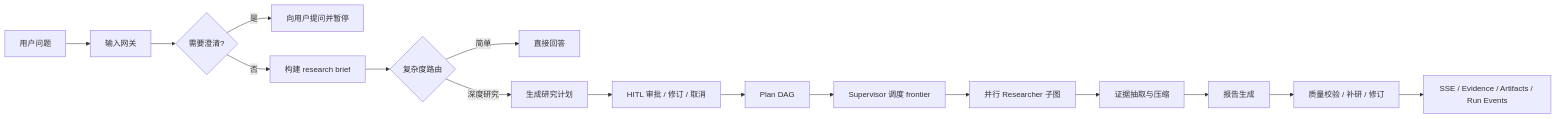
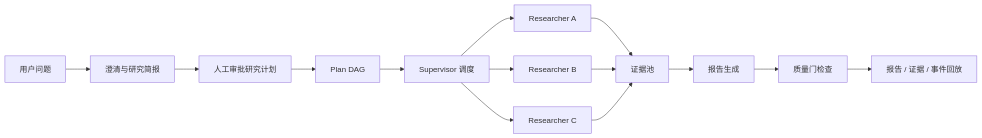
One commit to LittleSongxx/SoulSearcher changed the first of 6 diagrams in README.md. Above: the diagram before and after it, drawn with Mermaid. The commit also changed other lines of this file and 124 other files, not shown here.

````diff
--- a/README.md
+++ b/README.md
@@ -23,18 +17,16 @@
 ```mermaid
 flowchart LR
-    U["用户问题"] --> G["输入网关"]
-    G --> C{"需要澄清?"}
-    C -->|是| Q["向用户提问并暂停"]
-    C -->|否| B["构建 research brief"]
-    B --> R{"复杂度路由"}
-    R -->|简单| A["直接回答"]
-    R -->|深度研究| P["生成研究计划"]
-    P --> H["HITL 审批 / 修订 / 取消"]
-    H --> DAG["Plan DAG"]
-    DAG --> S["Supervisor 调度 frontier"]
-    S --> W["并行 Researcher 子图"]
-    W --> E["证据抽取与压缩"]
-    E --> F["报告生成"]
-    F --> V["质量校验 / 补研 / 修订"]
-    V --> O["SSE / Evidence / Artifacts / Run Events"]
+    Q["用户问题"] --> C["澄清与研究简报"]
+    C --> P["人工审批研究计划"]
+    P --> D["Plan DAG"]
+    D --> S["Supervisor 调度"]
+    S --> R1["Researcher A"]
+    S --> R2["Researcher B"]
+    S --> R3["Researcher C"]
+    R1 --> E["证据池"]
+    R2 --> E
+    R3 --> E
+    E --> W["报告生成"]
+    W --> G["质量门检查"]
+    G --> O["报告 / 证据 / 事件回放"]
 ```
````
